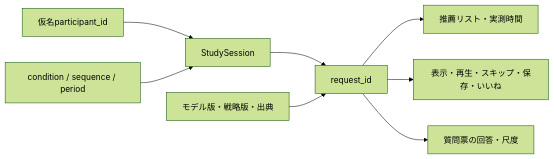
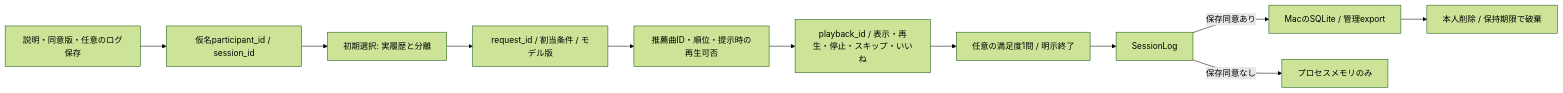
The diagram in docs/online-study.md (97kuek/music-recsys), drawn with Mermaid (forest theme) before and after one commit. The commit also changed other lines of this file and 21 other files, not shown here.

````diff
--- a/docs/online-study.md
+++ b/docs/online-study.md
@@ -13,10 +11,13 @@
 ```mermaid
 flowchart LR
-    P[仮名participant_id] --> S[StudySession]
-    C[condition / sequence / period] --> S
-    S --> R[request_id]
-    M[モデル版・戦略版・出典] --> R
-    R --> E[推薦リスト・実測時間]
-    R --> A[表示・再生・スキップ・保存・いいね]
-    R --> Q[質問票の回答・尺度]
+    C[説明・同意版・任意のログ保存] --> P[仮名participant_id / session_id]
+    P --> I[初期選択: 実履歴と分離]
+    I --> R[request_id / 割当条件 / モデル版]
+    R --> T[推薦曲ID・順位・提示時の再生可否]
+    T --> A[playback_id / 表示・再生・停止・スキップ・いいね]
+    A --> Q[任意の満足度1問 / 明示終了]
+    Q --> M[SessionLog]
+    M -->|保存同意あり| D[MacのSQLite / 管理export]
+    M -->|保存同意なし| V[プロセスメモリのみ]
+    D --> X[本人削除 / 保持期限で破棄]
 ```
````
